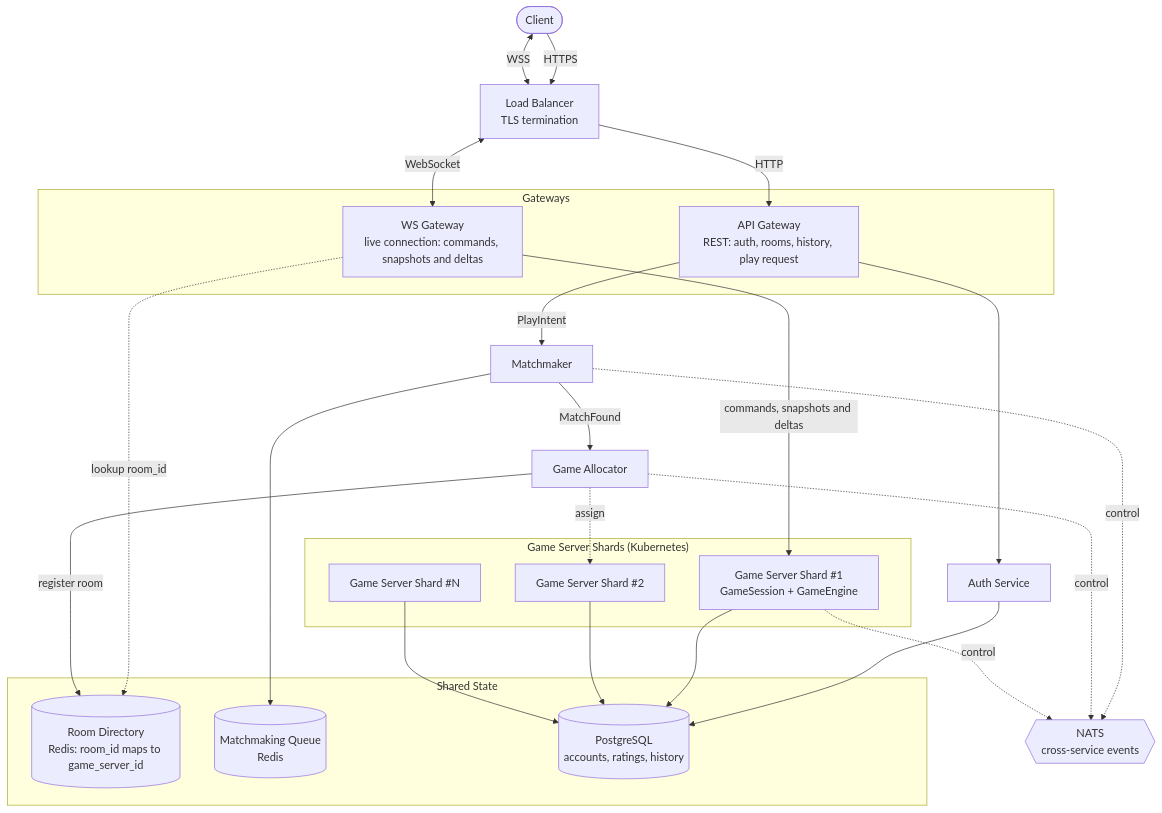
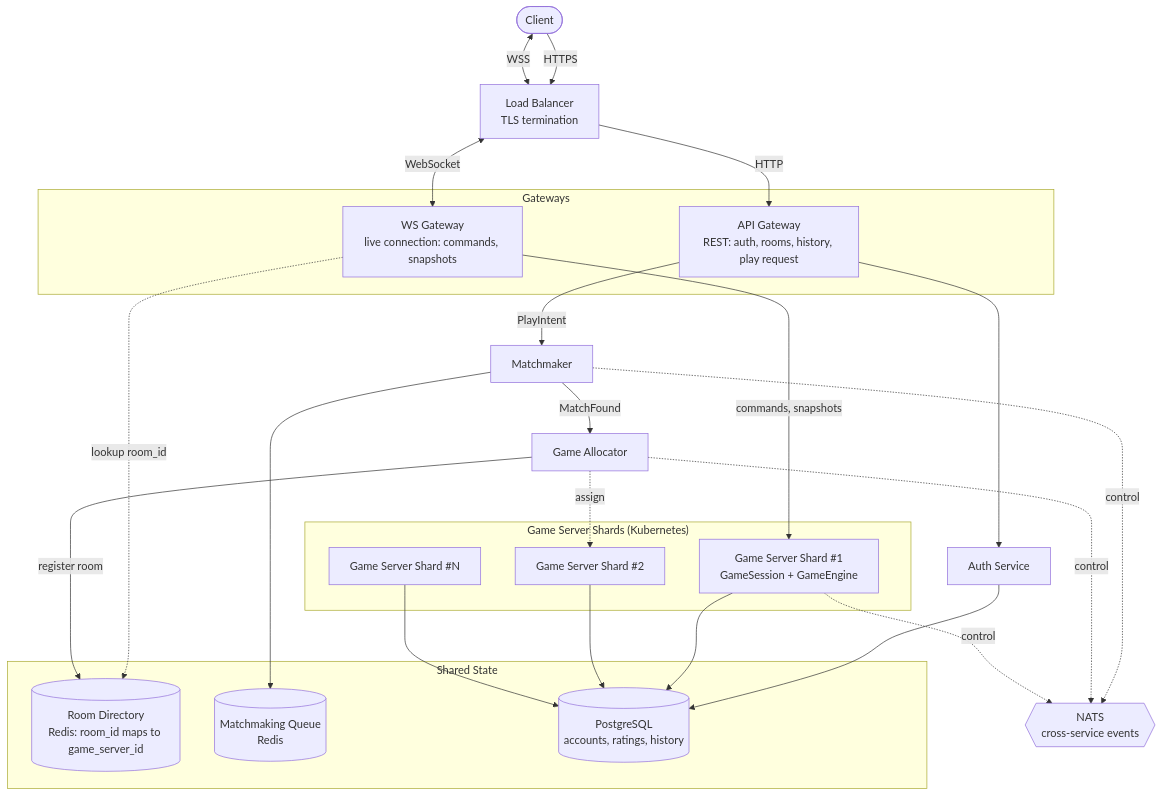
One commit to dassikelerman/KFChess changed the diagram in Server_Design.md. Above: the diagram before and after it, drawn with Mermaid. The commit also changed other lines of this file, not shown here.

````diff
--- a/Server_Design.md
+++ b/Server_Design.md
@@ -70,53 +70,53 @@
 ```mermaid
 flowchart TB
     Client(["Client"])
     LB["Load Balancer<br/>TLS termination"]
 
     subgraph GW["Gateways"]
         APIGW["API Gateway<br/>REST: auth, rooms, history, play request"]
-        WSGW["WS Gateway<br/>live connection: commands, snapshots and deltas"]
+        WSGW["WS Gateway<br/>live connection: commands, snapshots"]
     end
 
     Auth["Auth Service"]
     MM["Matchmaker"]
     GA["Game Allocator"]
 
     subgraph Shared["Shared State"]
         Dir[("Room Directory<br/>Redis: room_id maps to game_server_id")]
         Q[("Matchmaking Queue<br/>Redis")]
         PG[("PostgreSQL<br/>accounts, ratings, history")]
     end
 
     subgraph Shards["Game Server Shards (Kubernetes)"]
         GS1["Game Server Shard #1<br/>GameSession + GameEngine"]
         GS2["Game Server Shard #2"]
         GSN["Game Server Shard #N"]
     end
 
     Bus{{"NATS<br/>cross-service events"}}
 
     Client -->|HTTPS| LB
     Client <-->|WSS| LB
     LB -->|HTTP| APIGW
     LB <-->|WebSocket| WSGW
 
     APIGW --> Auth
     Auth --> PG
     APIGW -->|PlayIntent| MM
 
-    WSGW -->|commands, snapshots and deltas| GS1
+    WSGW -->|commands, snapshots| GS1
     WSGW -.->|lookup room_id| Dir
 
     MM --> Q
     MM -->|MatchFound| GA
     GA -->|register room| Dir
     GA -.->|assign| GS2
 
     GS1 --> PG
     GS2 --> PG
     GSN --> PG
 
     MM -.->|control| Bus
     GA -.->|control| Bus
     GS1 -.->|control| Bus
 ```
````
